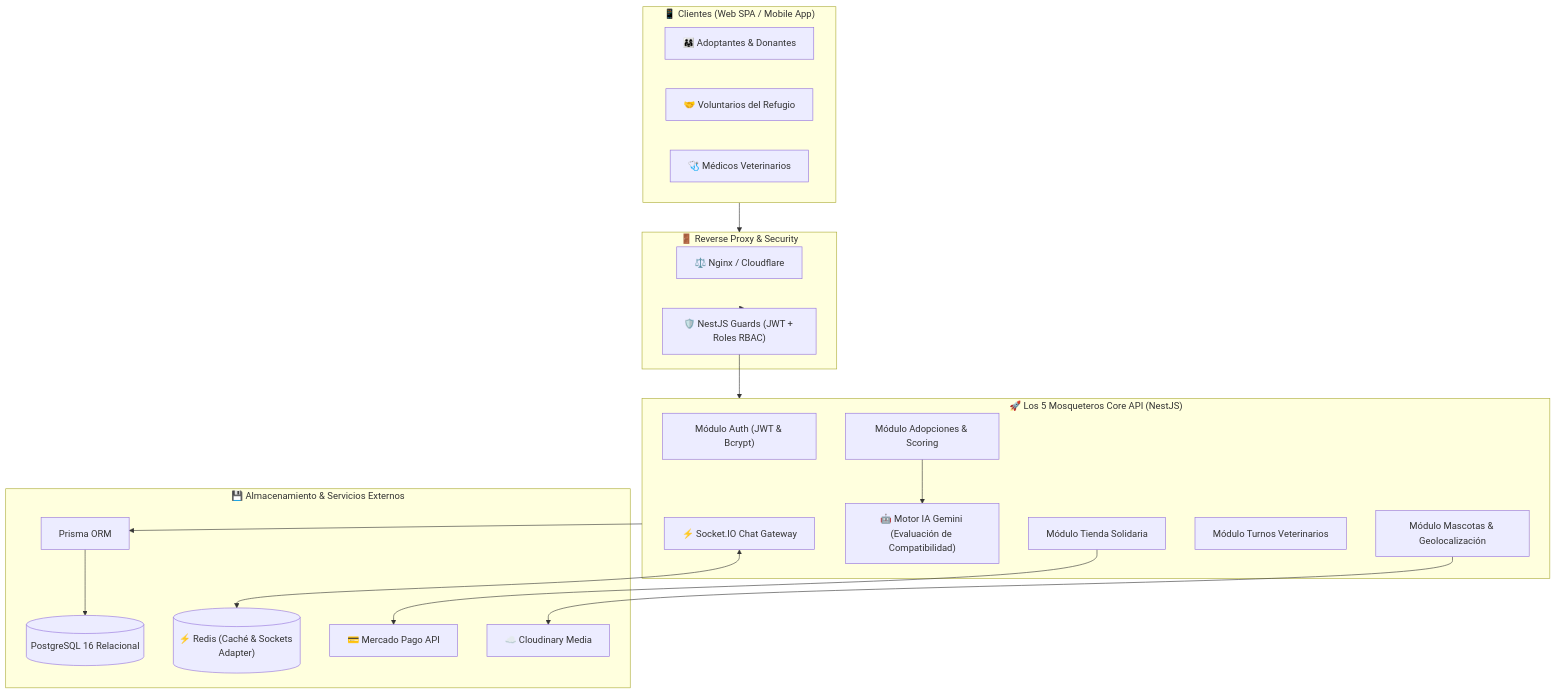
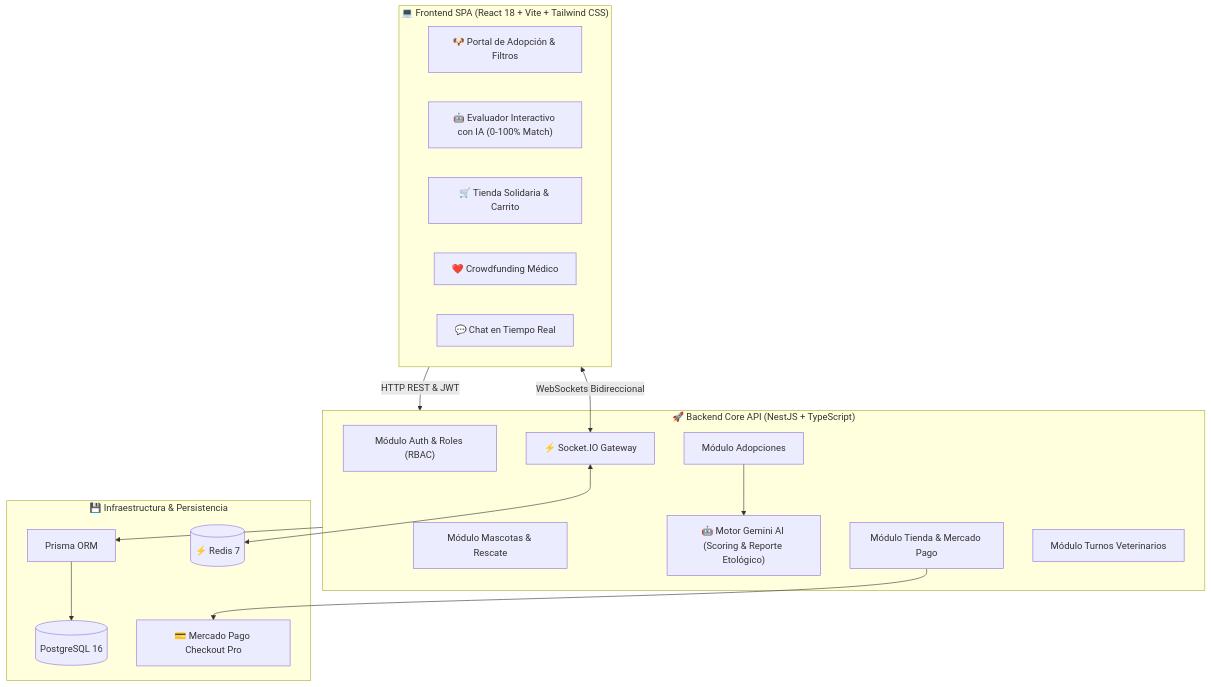
The diagram in README.md (mauro8778/los-5-mosqueteros), drawn with Mermaid before and after one commit. The commit also changed other lines of this file and 74 other files, not shown here.

Commit message:
feat(fullstack): transform Los 5 Mosqueteros into enterprise monorepo with React Vite frontend

````diff
--- a/README.md
+++ b/README.md
@@ -20,39 +21,34 @@
 ```mermaid
 flowchart TD
-    subgraph Clients["📱 Clientes (Web SPA / Mobile App)"]
-        Adopters["👨‍👩‍👧 Adoptantes & Donantes"]
-        Volunteers["🤝 Voluntarios del Refugio"]
-        Vets["🩺 Médicos Veterinarios"]
+    subgraph Clients["💻 Frontend SPA (React 18 + Vite + Tailwind CSS)"]
+        UI_Adoptions["🐶 Portal de Adopción & Filtros"]
+        UI_AIModal["🤖 Evaluador Interactivo con IA (0-100% Match)"]
+        UI_Store["🛒 Tienda Solidaria & Carrito"]
+        UI_Donations["❤️ Crowdfunding Médico"]
+        UI_Chat["💬 Chat en Tiempo Real"]
     end
 
-    subgraph Gateway["🚪 Reverse Proxy & Security"]
-        NGINX["⚖️ Nginx / Cloudflare"]
-        Guards["🛡️ NestJS Guards (JWT + Roles RBAC)"]
+    subgraph BackendAPI["🚀 Backend Core API (NestJS + TypeScript)"]
+        AuthMod["Módulo Auth & Roles (RBAC)"]
+        PetsMod["Módulo Mascotas & Rescate"]
+        AdoptionsMod["Módulo Adopciones"]
+        AiEngine["🤖 Motor Gemini AI (Scoring & Reporte Etológico)"]
+        StoreMod["Módulo Tienda & Mercado Pago"]
+        AppointMod["Módulo Turnos Veterinarios"]
+        ChatGateway["⚡ Socket.IO Gateway"]
     end
 
-    subgraph CoreBackend["🚀 Los 5 Mosqueteros Core API (NestJS)"]
-        AuthMod["Módulo Auth (JWT & Bcrypt)"]
-        PetsMod["Módulo Mascotas & Geolocalización"]
-        AdoptionsMod["Módulo Adopciones & Scoring"]
-        AiEngine["🤖 Motor IA Gemini (Evaluación de Compatibilidad)"]
-        StoreMod["Módulo Tienda Solidaria"]
-        AppointMod["Módulo Turnos Veterinarios"]
-        ChatGateway["⚡ Socket.IO Chat Gateway"]
+    subgraph DataStore["💾 Infraestructura & Persistencia"]
+        PrismaORM["Prisma ORM"]
+        Postgres[(PostgreSQL 16)]
+        RedisCache[("⚡ Redis 7")]
+        MP["💳 Mercado Pago Checkout Pro"]
     end
 
-    subgraph DataPersistence["💾 Almacenamiento & Servicios Externos"]
-        PrismaORM["Prisma ORM"]
-        Postgres[(PostgreSQL 16 Relacional)]
-        RedisCache[("⚡ Redis (Caché & Sockets Adapter)")]
-        MP["💳 Mercado Pago API"]
-        Cloudinary["☁️ Cloudinary Media"]
-    end
-
-    Clients --> Gateway
-    Gateway --> Guards --> CoreBackend
+    Clients -->|HTTP REST & JWT| BackendAPI
+    Clients <-->|WebSockets Bidireccional| ChatGateway
     AdoptionsMod --> AiEngine
     StoreMod --> MP
-    PetsMod --> Cloudinary
-    CoreBackend --> PrismaORM --> Postgres
+    BackendAPI --> PrismaORM --> Postgres
     ChatGateway <--> RedisCache
 ```
````
